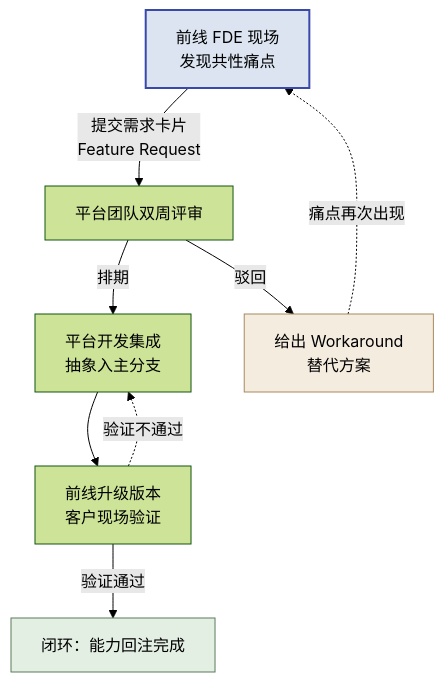
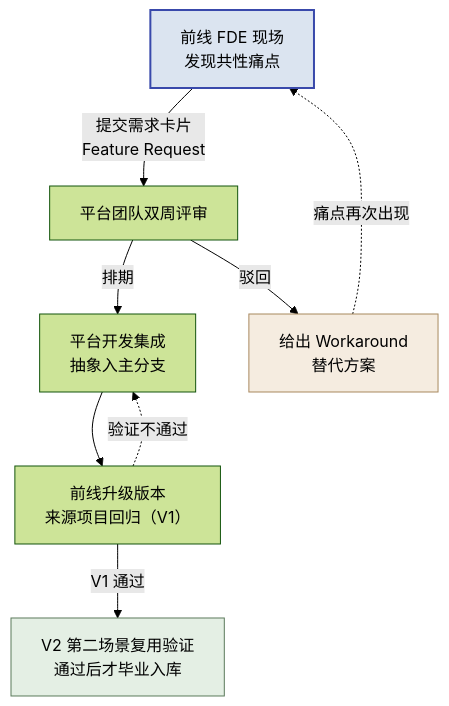
Before and after one commit to cloudzun/fde-course: the diagram in textbook/第11章_四阶段中的角色协作.md, drawn with Mermaid (forest theme). The commit also changed other lines of this file and 21 other files, not shown here.

````diff
--- a/textbook/第11章_四阶段中的角色协作.md
+++ b/textbook/第11章_四阶段中的角色协作.md
@@ -88,14 +88,14 @@
 ```mermaid
 graph TD
     pain["前线 FDE 现场<br/>发现共性痛点"] -->|提交需求卡片<br/>Feature Request| review["平台团队双周评审"]
     review -->|排期| dev["平台开发集成<br/>抽象入主分支"]
     review -->|驳回| wa["给出 Workaround<br/>替代方案"]
-    dev --> verify["前线升级版本<br/>客户现场验证"]
-    verify -->|验证通过| done["闭环：能力回注完成"]
+    dev --> verify["前线升级版本<br/>来源项目回归（V1）"]
+    verify -->|V1 通过| done["V2 第二场景复用验证<br/>通过后才"毕业入库""]
     verify -.->|验证不通过| dev
     wa -.->|痛点再次出现| pain
 
     style pain fill:#dbe4f0,stroke:#3949ab,stroke-width:2px
     style wa fill:#f5ece0,stroke:#a8895f
     style done fill:#e4efe4,stroke:#5b7a5b
 ```
````
